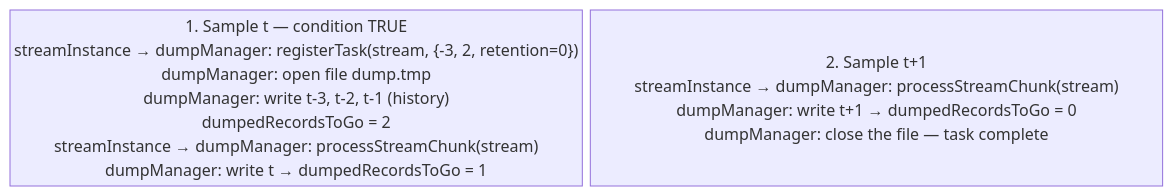
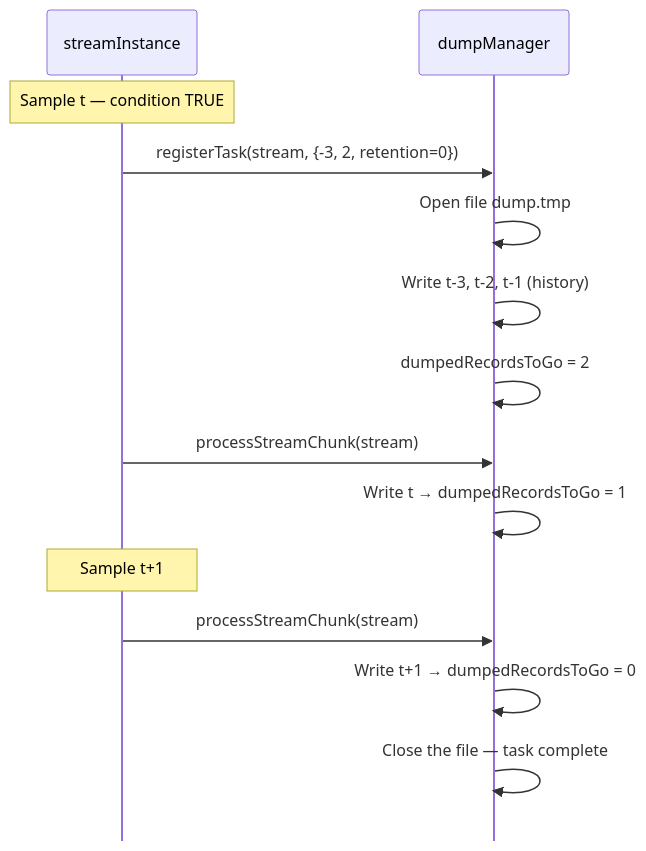
Before and after one commit to michalwidera/documentation-rdb: the third of 4 diagrams in query-execution/alerting-implementation.md, drawn with Mermaid. The commit also changed 5 other files, not shown here.

````diff
--- a/query-execution/alerting-implementation.md
+++ b/query-execution/alerting-implementation.md
@@ -110,9 +110,21 @@
 ```mermaid
 %% pdf-width: 85%
-%% pdf-height: 45%
-%%{init: {"markdownAutoWrap": false}}%%
-block-beta
-    columns 2
-    T["1. Sample t — condition TRUE<br/>streamInstance → dumpManager: registerTask(stream, {-3, 2, retention=0})<br/>dumpManager: open file dump.tmp<br/>dumpManager: write t-3, t-2, t-1 (history)<br/>dumpedRecordsToGo = 2<br/>streamInstance → dumpManager: processStreamChunk(stream)<br/>dumpManager: write t → dumpedRecordsToGo = 1"]
-    T1["2. Sample t+1<br/>streamInstance → dumpManager: processStreamChunk(stream)<br/>dumpManager: write t+1 → dumpedRecordsToGo = 0<br/>dumpManager: close the file — task complete"]
+%% pdf-height: 55%
+%%{init: {"markdownAutoWrap": false, "sequence": {"mirrorActors": false, "messageMargin": 22, "boxMargin": 6}}}%%
+sequenceDiagram
+    participant SI as streamInstance
+    participant DM as dumpManager
+
+    note over SI: Sample t — condition TRUE
+    SI->>DM: registerTask(stream, {-3, 2, retention=0})
+    DM->>DM: Open file dump.tmp
+    DM->>DM: Write t-3, t-2, t-1 (history)
+    DM->>DM: dumpedRecordsToGo = 2
+    SI->>DM: processStreamChunk(stream)
+    DM->>DM: Write t → dumpedRecordsToGo = 1
+
+    note over SI: Sample t+1
+    SI->>DM: processStreamChunk(stream)
+    DM->>DM: Write t+1 → dumpedRecordsToGo = 0
+    DM->>DM: Close the file — task complete
 ```
````
